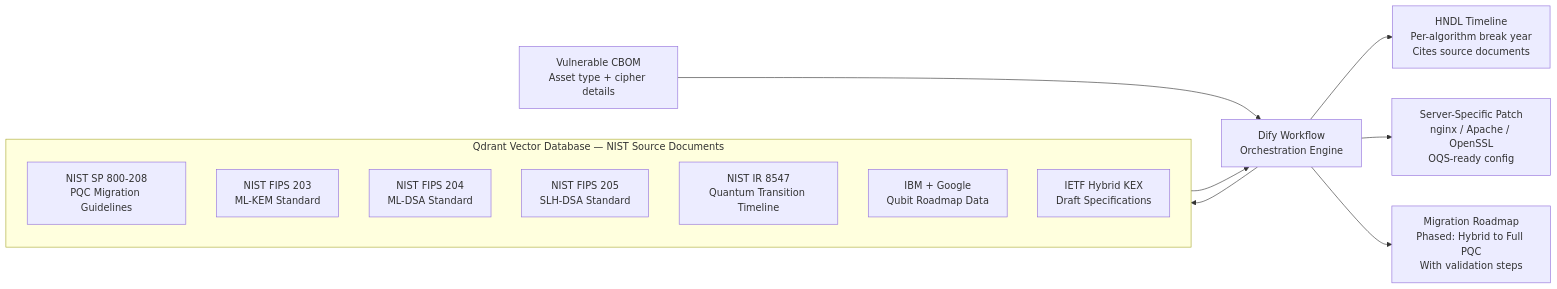
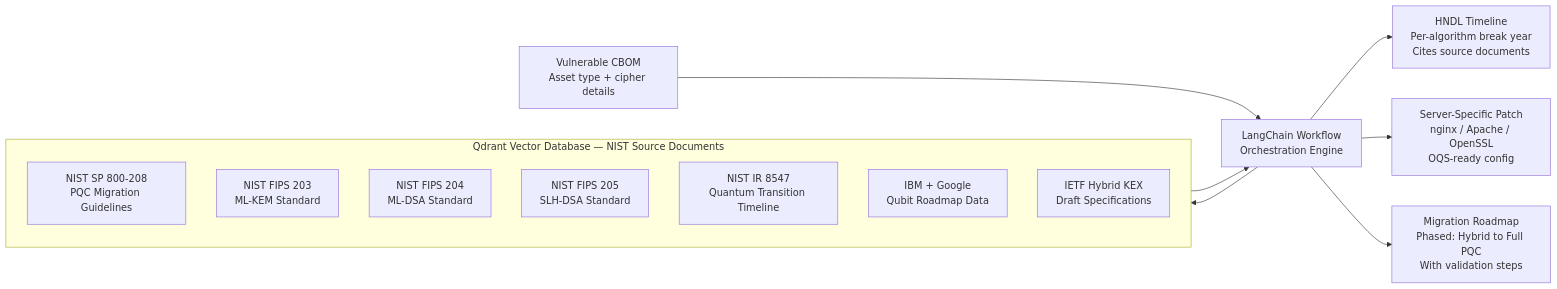
The ninth of 12 diagrams in SOLUTION.md (notgautham/Aegis), drawn with Mermaid before and after one commit. The commit also changed other lines of this file and 7 other files, not shown here.

````diff
--- a/SOLUTION.md
+++ b/SOLUTION.md
@@ -469,22 +469,22 @@
 ```mermaid
 flowchart LR
     VULN_CBOM[Vulnerable CBOM<br>Asset type + cipher details]
-    VULN_CBOM --> DIFY[Dify Workflow<br>Orchestration Engine]
+    VULN_CBOM --> LangChain[LangChain Workflow<br>Orchestration Engine]
 
     subgraph QDRANT["Qdrant Vector Database — NIST Source Documents"]
         DOC1[NIST SP 800-208<br>PQC Migration Guidelines]
         DOC2[NIST FIPS 203<br>ML-KEM Standard]
         DOC3[NIST FIPS 204<br>ML-DSA Standard]
         DOC4[NIST FIPS 205<br>SLH-DSA Standard]
         DOC5[NIST IR 8547<br>Quantum Transition Timeline]
         DOC6[IBM + Google<br>Qubit Roadmap Data]
         DOC7[IETF Hybrid KEX<br>Draft Specifications]
     end
 
-    DIFY --> QDRANT
-    QDRANT --> DIFY
+    LangChain --> QDRANT
+    QDRANT --> LangChain
 
-    DIFY --> HNDL_OUT[HNDL Timeline<br>Per-algorithm break year<br>Cites source documents]
-    DIFY --> PATCH_OUT[Server-Specific Patch<br>nginx / Apache / OpenSSL<br>OQS-ready config]
-    DIFY --> MIGRATE_OUT[Migration Roadmap<br>Phased: Hybrid to Full PQC<br>With validation steps]
+    LangChain --> HNDL_OUT[HNDL Timeline<br>Per-algorithm break year<br>Cites source documents]
+    LangChain --> PATCH_OUT[Server-Specific Patch<br>nginx / Apache / OpenSSL<br>OQS-ready config]
+    LangChain --> MIGRATE_OUT[Migration Roadmap<br>Phased: Hybrid to Full PQC<br>With validation steps]
 ```
````
